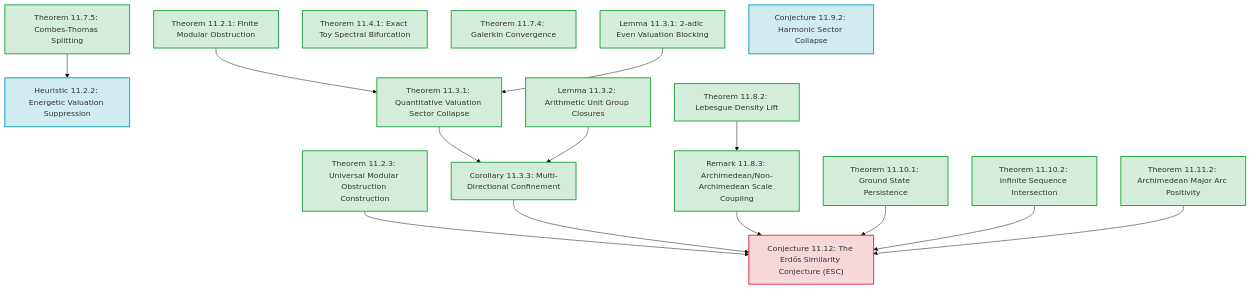
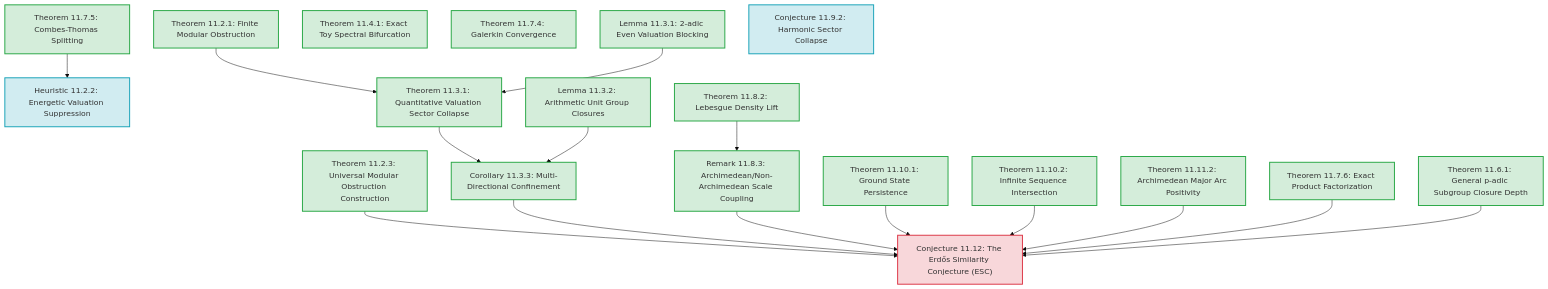
Before and after one commit to sneed-and-feed/adelic-spectral-zeta: the diagram in docs/monograph/11_erdos_similarity_adelic.md, drawn with Mermaid (base theme). The commit also changed other lines of this file, not shown here.

````diff
--- a/docs/monograph/11_erdos_similarity_adelic.md
+++ b/docs/monograph/11_erdos_similarity_adelic.md
@@ -43,38 +45,42 @@
 ```mermaid
 graph TD
     classDef proved fill:#d4edda,stroke:#28a745,stroke-width:2px;
     classDef conditional fill:#fff3cd,stroke:#ffc107,stroke-width:2px;
     classDef numerical fill:#d1ecf1,stroke:#17a2b8,stroke-width:2px;
     classDef conjectural fill:#f8d7da,stroke:#dc3545,stroke-width:2px;
 
     T1121["Theorem 11.2.1: Finite Modular Obstruction"]:::proved
     H1122["Heuristic 11.2.2: Energetic Valuation Suppression"]:::numerical
     T1123["Theorem 11.2.3: Universal Modular Obstruction Construction"]:::proved
     L1131["Lemma 11.3.1: 2-adic Even Valuation Blocking"]:::proved
     T1131["Theorem 11.3.1: Quantitative Valuation Sector Collapse"]:::proved
     L1132["Lemma 11.3.2: Arithmetic Unit Group Closures"]:::proved
+    T1161["Theorem 11.6.1: General p-adic Subgroup Closure Depth"]:::proved
     C1133["Corollary 11.3.3: Multi-Directional Confinement"]:::proved
     T1141["Theorem 11.4.1: Exact Toy Spectral Bifurcation"]:::proved
     T1174["Theorem 11.7.4: Galerkin Convergence"]:::proved
     T1175["Theorem 11.7.5: Combes-Thomas Splitting"]:::proved
+    T1176["Theorem 11.7.6: Exact Product Factorization"]:::proved
     T1182["Theorem 11.8.2: Lebesgue Density Lift"]:::proved
     R1183["Remark 11.8.3: Archimedean/Non-Archimedean Scale Coupling"]:::proved
     H1192["Conjecture 11.9.2: Harmonic Sector Collapse"]:::numerical
     T11101["Theorem 11.10.1: Ground State Persistence"]:::proved
     T11102["Theorem 11.10.2: Infinite Sequence Intersection"]:::proved
     T11112["Theorem 11.11.2: Archimedean Major Arc Positivity"]:::proved
     ESC["Conjecture 11.12: The Erdős Similarity Conjecture (ESC)"]:::conjectural
 
     T1121 --> T1131
     L1131 --> T1131
     T1131 --> C1133
     L1132 --> C1133
     T1175 --> H1122
     T1182 --> R1183
     T1123 --> ESC
     C1133 --> ESC
     R1183 --> ESC
     T11101 --> ESC
     T11102 --> ESC
     T11112 --> ESC
+    T1176 --> ESC
+    T1161 --> ESC
 ```
````
